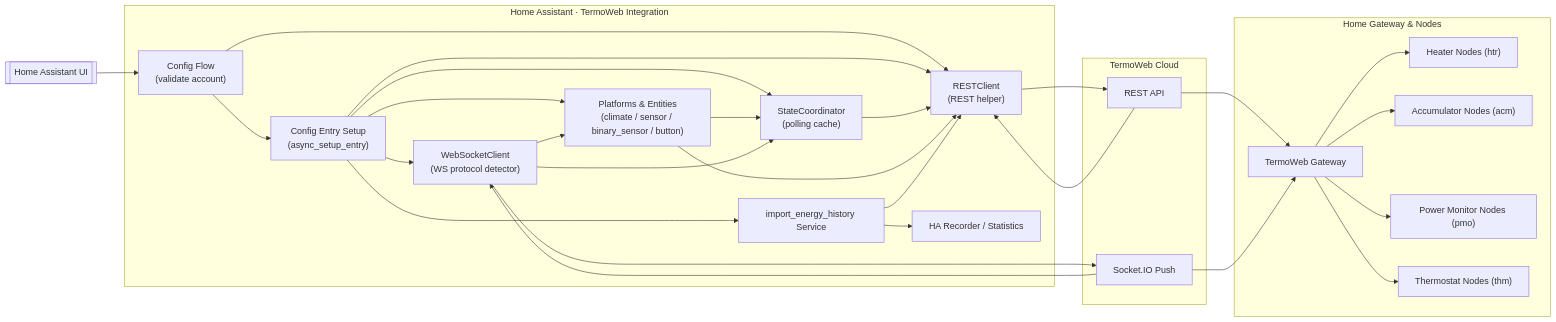
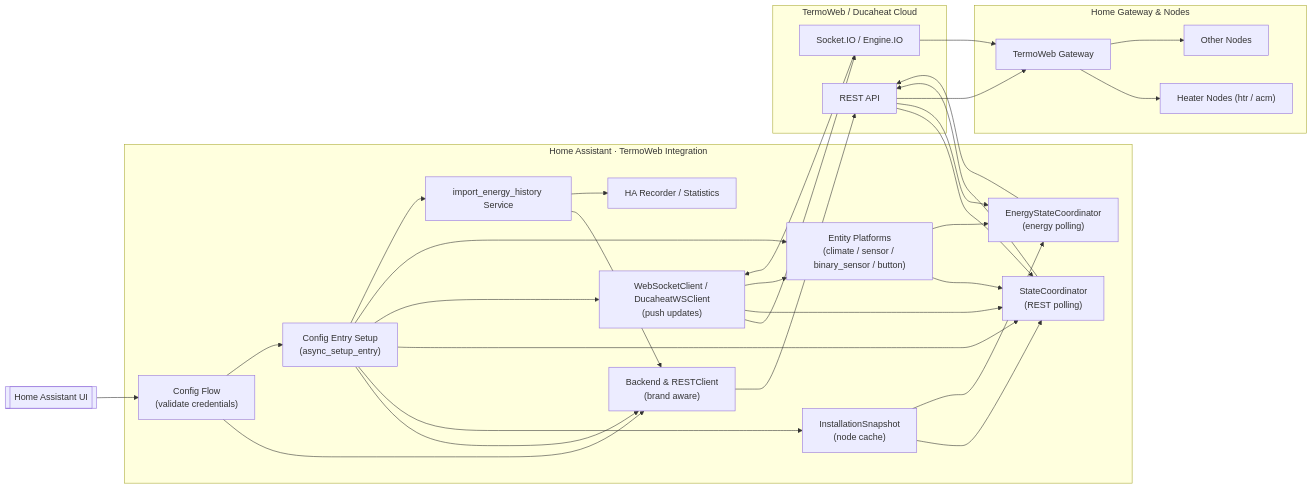
The first of 2 diagrams in docs/architecture.md (ha-termoweb/ha-termoweb), drawn with Mermaid before and after one commit. The commit also changed other lines of this file, not shown here.

Commit message:
docs: update architecture overview

````diff
--- a/docs/architecture.md
+++ b/docs/architecture.md
@@ -18,57 +51,61 @@
 ```mermaid
 flowchart LR
     User[[Home Assistant UI]]
 
     subgraph HA[Home Assistant · TermoWeb Integration]
-        CF["Config Flow\n(validate account)"]
+        CF["Config Flow\n(validate credentials)"]
         Setup["Config Entry Setup\n(async_setup_entry)"]
-        Client["RESTClient\n(REST helper)"]
-        Coord["StateCoordinator\n(polling cache)"]
-        Entities["Platforms & Entities\n(climate / sensor / binary_sensor / button)"]
-    WS["WebSocketClient\n(WS protocol detector)"]
+        BackendFactory["Backend & RESTClient\n(brand aware)"]
+        Snapshot["InstallationSnapshot\n(node cache)"]
+        Coord["StateCoordinator\n(REST polling)"]
+        EnergyCoord["EnergyStateCoordinator\n(energy polling)"]
+        Entities["Entity Platforms\n(climate / sensor / binary_sensor / button)"]
+        WS["WebSocketClient / DucaheatWSClient\n(push updates)"]
         Service[import_energy_history Service]
         Recorder[HA Recorder / Statistics]
     end
 
-    subgraph Cloud[TermoWeb Cloud]
+    subgraph Cloud[TermoWeb / Ducaheat Cloud]
         REST[REST API]
-        Socket[Socket.IO Push]
+        Socket[Socket.IO / Engine.IO]
     end
 
     subgraph Field[Home Gateway & Nodes]
         Gateway[TermoWeb Gateway]
-        Htr["Heater Nodes (htr)"]
-        Acm["Accumulator Nodes (acm)"]
-        Pmo["Power Monitor Nodes (pmo)"]
-        Thm["Thermostat Nodes (thm)"]
+        Htr["Heater Nodes (htr / acm)"]
+        Pmo[Other Nodes]
     end
 
     User --> CF
-    CF --> Client
+    CF --> BackendFactory
     CF --> Setup
-    Setup --> Client
+    Setup --> BackendFactory
+    Setup --> Snapshot
     Setup --> Coord
     Setup --> WS
     Setup --> Entities
     Setup --> Service
 
-    Coord --> Client
-    Client --> REST
-    REST --> Client
-    Entities --> Coord
-    Entities --> Client
+    BackendFactory --> REST
+    Coord --> REST
+    REST --> Coord
     WS --> Socket
     Socket --> WS
     WS --> Coord
     WS --> Entities
 
-    Service --> Client
+    Snapshot --> Coord
+    Snapshot --> EnergyCoord
+    EnergyCoord --> REST
+    REST --> EnergyCoord
+
+    Entities --> Coord
+    Entities --> EnergyCoord
+    Service --> BackendFactory
     Service --> Recorder
 
     REST --> Gateway
     Socket --> Gateway
     Gateway --> Htr
-    Gateway --> Acm
     Gateway --> Pmo
-    Gateway --> Thm
 ```
````
